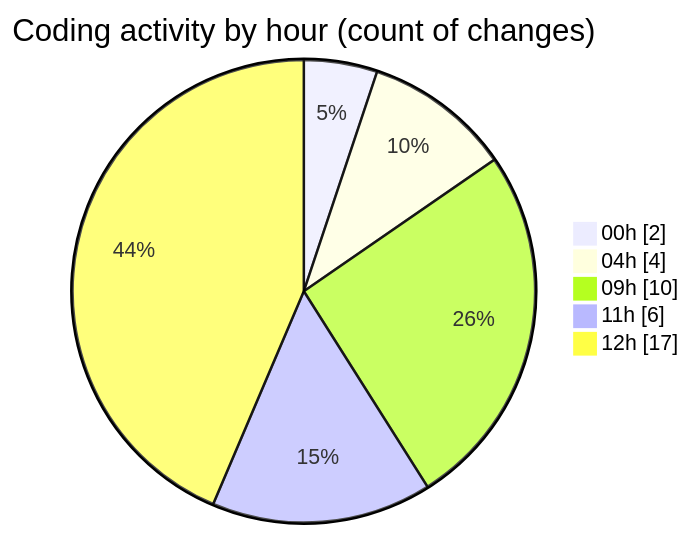
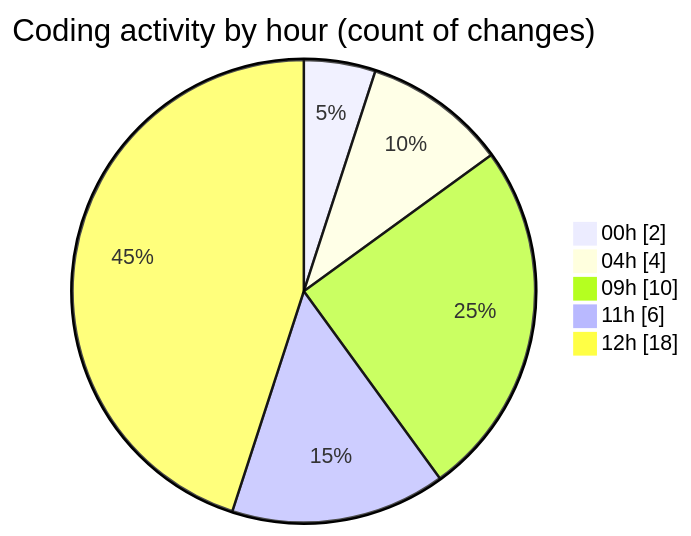
The second of 2 diagrams in 2025-10-28/eventscop-frontend-guide__workspace_/README.md (julien-gomy/code-tracking), drawn with Mermaid before and after one commit. The commit also changed other lines of this file and 1 other file, not shown here.

````diff
--- a/2025-10-28/eventscop-frontend-guide__workspace_/README.md
+++ b/2025-10-28/eventscop-frontend-guide__workspace_/README.md
@@ -40,9 +41,9 @@
 ```mermaid
 pie showData
 title Coding activity by hour (count of changes)
 "00h" : 2
 "04h" : 4
 "09h" : 10
 "11h" : 6
-"12h" : 17
+"12h" : 18
 ```
````
